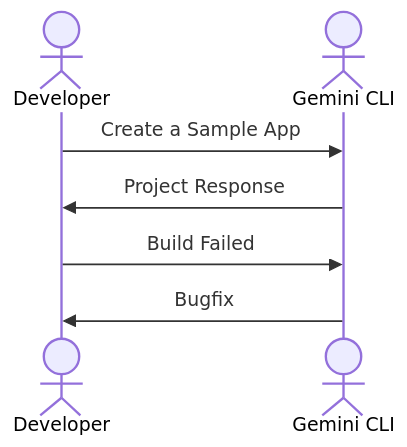
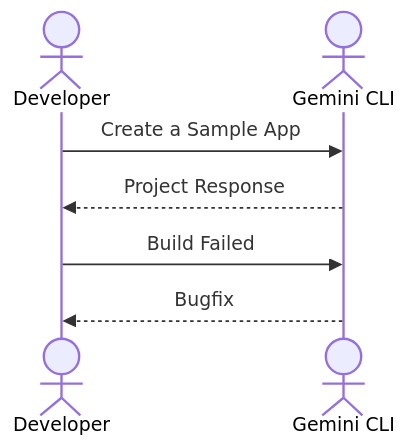
Before and after one commit to htteng1976/GeminiSampleApp: the diagram in README.md, drawn with Mermaid.

Commit message:
Update README.md
Change arrow symbol

````diff
--- a/README.md
+++ b/README.md
@@ -2,9 +2,9 @@
 ```mermaid
 sequenceDiagram
         actor Developer
         actor Gemini CLI
         Developer->>Gemini CLI: Create a Sample App
-        Gemini CLI->>Developer: Project Response
+        Gemini CLI-->>Developer: Project Response
         Developer->>Gemini CLI: Build Failed
-        Gemini CLI->>Developer: Bugfix
+        Gemini CLI-->>Developer: Bugfix
 ```
````
